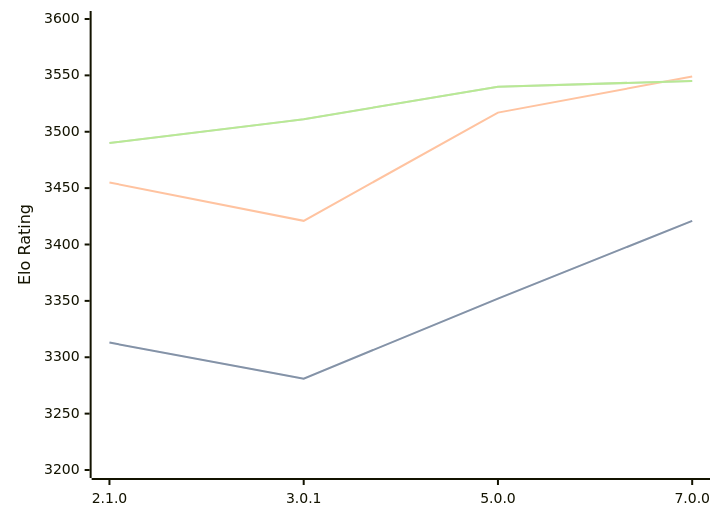
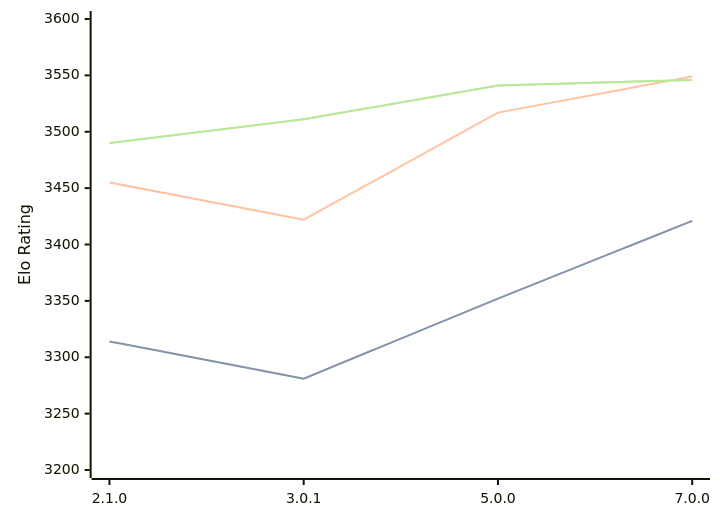
The diagram in engines/PlentyChess.md (computer-chess-index/cci), drawn with Mermaid before and after one commit. The commit also changed other lines of this file, not shown here.

Commit message:
Update CCI Ratings (ELO VLTC) - 2026-05-21

````diff
--- a/engines/PlentyChess.md
+++ b/engines/PlentyChess.md
@@ -45,11 +45,11 @@
 ```mermaid
 %%{init: {"theme":"base","themeVariables":{"seriesColors:['#a3a3a3','#222221','#faa371']}}}%%
 xychart-beta
   x-axis ["2.1.0", "3.0.1", "5.0.0", "7.0.0"]
   y-axis "Elo Rating" 3200 --> 3600
-  line "STC (8.0+0.08s)" [3313, 3281, 3352, 3421]
-  line "STC (8.0+0.08s)" [3313, 3281, 3352, 3421]
-  line "LTC (60.0+0.60s)" [3455, 3421, 3517, 3549]
-  line "VLTC (2m24s+1.12s)" [3490, 3511, 3540, 3545]
-  line "VLTC (2m24s+1.12s)" [3490, 3511, 3540, 3545]
+  line "STC (8.0+0.08s)" [3314, 3281, 3352, 3421]
+  line "STC (8.0+0.08s)" [3314, 3281, 3352, 3421]
+  line "LTC (60.0+0.60s)" [3455, 3422, 3517, 3549]
+  line "VLTC (2m24s+1.12s)" [3490, 3511, 3541, 3546]
+  line "VLTC (2m24s+1.12s)" [3490, 3511, 3541, 3546]
 ```
````
